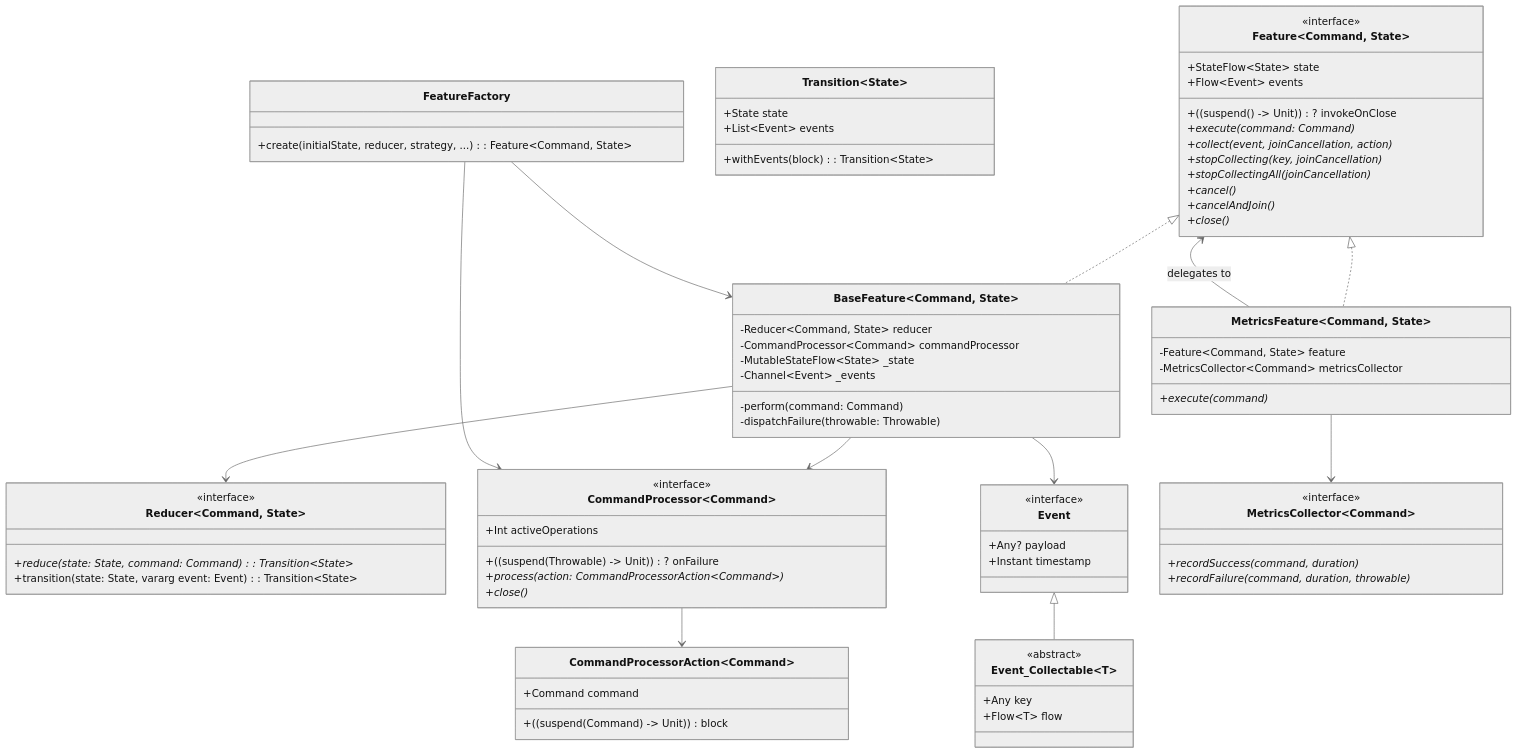
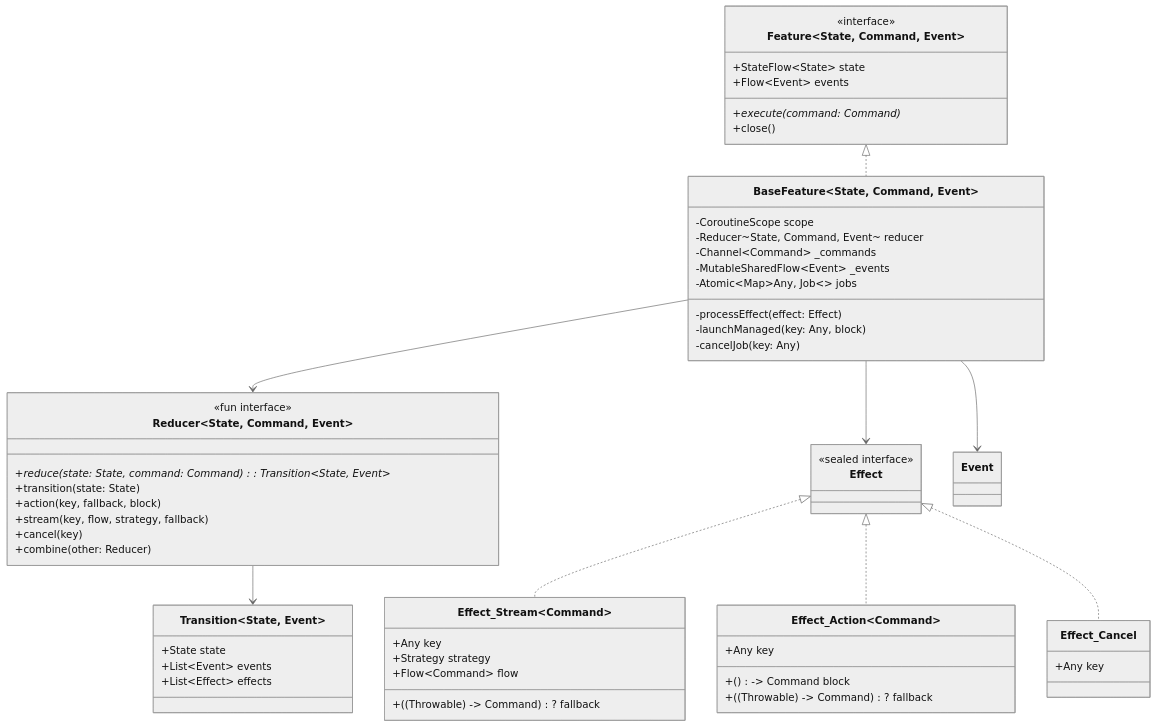
The first of 3 diagrams in README.md (numq/reduce-and-conquer), drawn with Mermaid (neutral theme) before and after one commit. The commit also changed other lines of this file and 1077 other files, not shown here.

````diff
--- a/README.md
+++ b/README.md
@@ -79,90 +90,69 @@
 ```mermaid
 classDiagram
-    class Feature~Command, State~ {
+    class Feature~State, Command, Event~ {
         <<interface>>
         +StateFlow~State~ state
         +Flow~Event~ events
-        +((suspend () -> Unit))? invokeOnClose
         +execute(command: Command)*
-        +collect(event, joinCancellation, action)*
-        +stopCollecting(key, joinCancellation)*
-        +stopCollectingAll(joinCancellation)*
-        +cancel()*
-        +cancelAndJoin()*
-        +close()*
+        +close()
     }
     
-    class BaseFeature~Command, State~ {
-        -Reducer~Command, State~ reducer
-        -CommandProcessor~Command~ commandProcessor
-        -MutableStateFlow~State~ _state
-        -Channel~Event~ _events
-        -perform(command: Command)
-        -dispatchFailure(throwable: Throwable)
+    class BaseFeature~State, Command, Event~ {
+        -CoroutineScope scope
+        -Reducer~State, Command, Event~ reducer
+        -Channel~Command~ _commands
+        -MutableSharedFlow~Event~ _events
+        -Atomic~Map~Any, Job~~ jobs
+        -processEffect(effect: Effect)
+        -launchManaged(key: Any, block)
+        -cancelJob(key: Any)
     }
     
-    class Reducer~Command, State~ {
-        <<interface>>
-        +reduce(state: State, command: Command): Transition~State~*
-        +transition(state: State, vararg event: Event): Transition~State~
+    class Reducer~State, Command, Event~ {
+        <<fun interface>>
+        +reduce(state: State, command: Command): Transition~State, Event~*
+        +transition(state: State)
+        +action(key, fallback, block)
+        +stream(key, flow, strategy, fallback)
+        +cancel(key)
+        +combine(other: Reducer)
     }
     
-    class Transition~State~ {
+    class Transition~State, Event~ {
         +State state
         +List~Event~ events
-        +withEvents(block): Transition~State~
+        +List~Effect~ effects
     }
     
-    class CommandProcessor~Command~ {
-        <<interface>>
-        +Int activeOperations
-        +((suspend (Throwable) -> Unit))? onFailure
-        +process(action: CommandProcessorAction~Command~)*
-        +close()*
+    class Effect {
+        <<sealed interface>>
     }
     
-    class Event {
-        <<interface>>
-        +Any? payload
-        +Instant timestamp
+    class Effect_Stream~Command~ {
+        +Any key
+        +Strategy strategy
+        +Flow~Command~ flow
+        +((Throwable) -> Command)? fallback
     }
     
-    class Event_Collectable~T~ {
-        <<abstract>>
+    class Effect_Action~Command~ {
         +Any key
-        +Flow~T~ flow
+        +() -> Command block
+        +((Throwable) -> Command)? fallback
     }
     
-    class MetricsFeature~Command, State~ {
-        -Feature~Command, State~ feature
-        -MetricsCollector~Command~ metricsCollector
-        +execute(command)*
+    class Effect_Cancel {
+        +Any key
     }
 
-    class FeatureFactory {
-        +create(initialState, reducer, strategy, ...): Feature~Command, State~
-    }
+    Effect <|.. Effect_Stream
+    Effect <|.. Effect_Action
+    Effect <|.. Effect_Cancel
     
-    class CommandProcessorAction~Command~ {
-        +Command command
-        +((suspend (Command) -> Unit)) block
-    }
-    
-    class MetricsCollector~Command~ {
-        <<interface>>
-        +recordSuccess(command, duration)*
-        +recordFailure(command, duration, throwable)*
-    }
-
     Feature <|.. BaseFeature
     BaseFeature --> Reducer
-    BaseFeature --> CommandProcessor
     BaseFeature --> Event
-    Feature <|.. MetricsFeature
-    MetricsFeature --> Feature : delegates to
-    MetricsFeature --> MetricsCollector
-    FeatureFactory --> BaseFeature
-    FeatureFactory --> CommandProcessor
-    CommandProcessor --> CommandProcessorAction
-    Event <|-- Event_Collectable
+    BaseFeature --> Effect
+    Reducer --> Transition
+   
 ```
````
